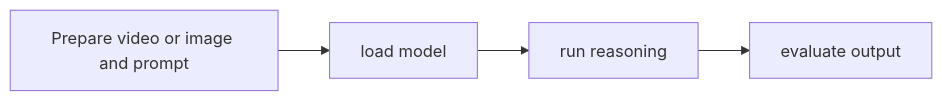
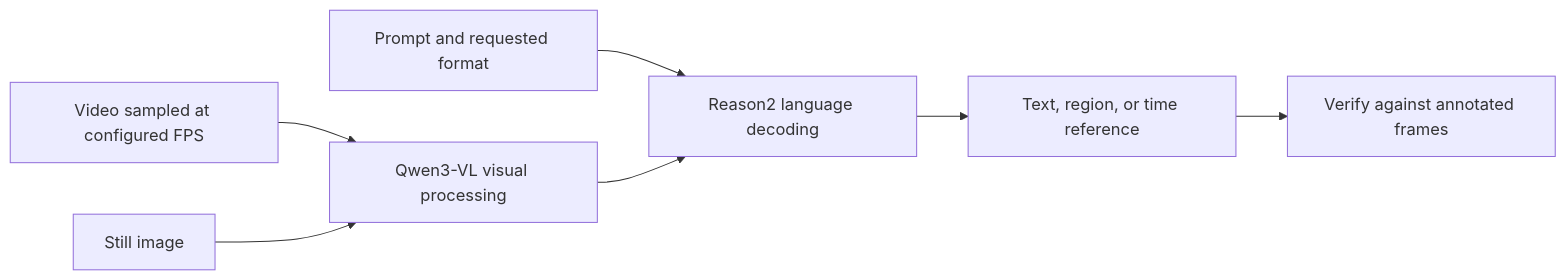
Before and after one commit to james-joobs/awesome-nvidia-physical-ai: the diagram in docs/en/cosmos-reason2.md, drawn with Mermaid. The commit also changed other lines of this file and 187 other files, not shown here.

Commit message:
Expand bilingual guides with official architecture references

````diff
--- a/docs/en/cosmos-reason2.md
+++ b/docs/en/cosmos-reason2.md
@@ -15,8 +9,9 @@
 ```mermaid
 flowchart LR
-  S0["Prepare video or image and prompt"]
-  S1["load model"]
-  S2["run reasoning"]
-  S3["evaluate output"]
-  S0 --> S1 --> S2 --> S3
+    V["Video sampled at configured FPS"] --> X["Qwen3-VL visual processing"]
+    I["Still image"] --> X
+    P["Prompt and requested format"] --> Q["Reason2 language decoding"]
+    X --> Q
+    Q --> T["Text, region, or time reference"]
+    T --> C["Verify against annotated frames"]
 ```
````
